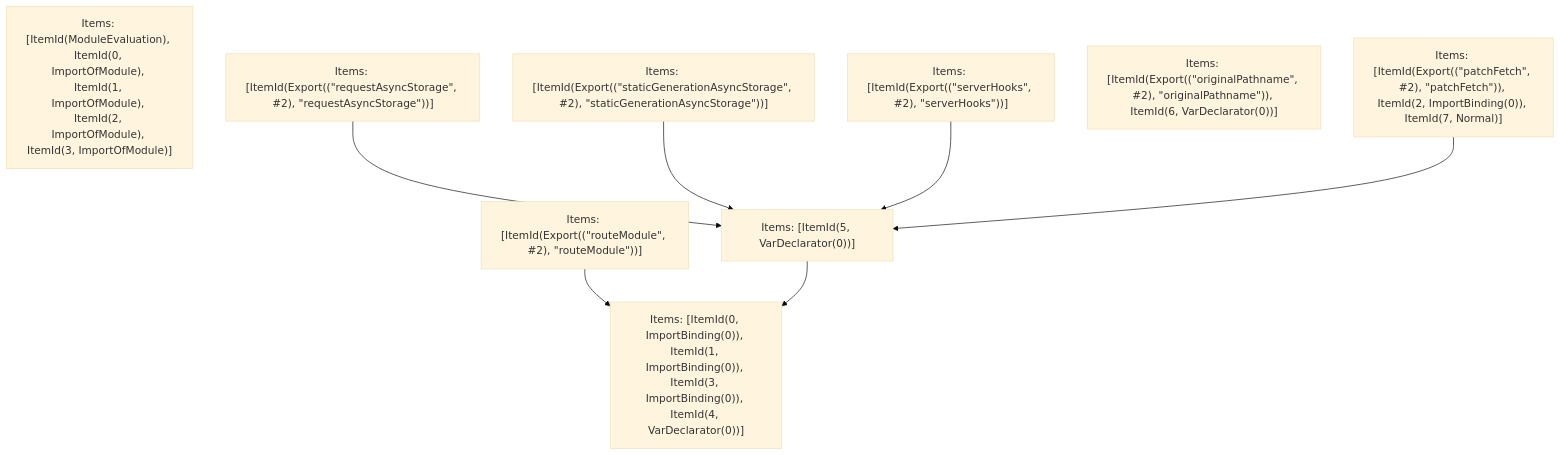
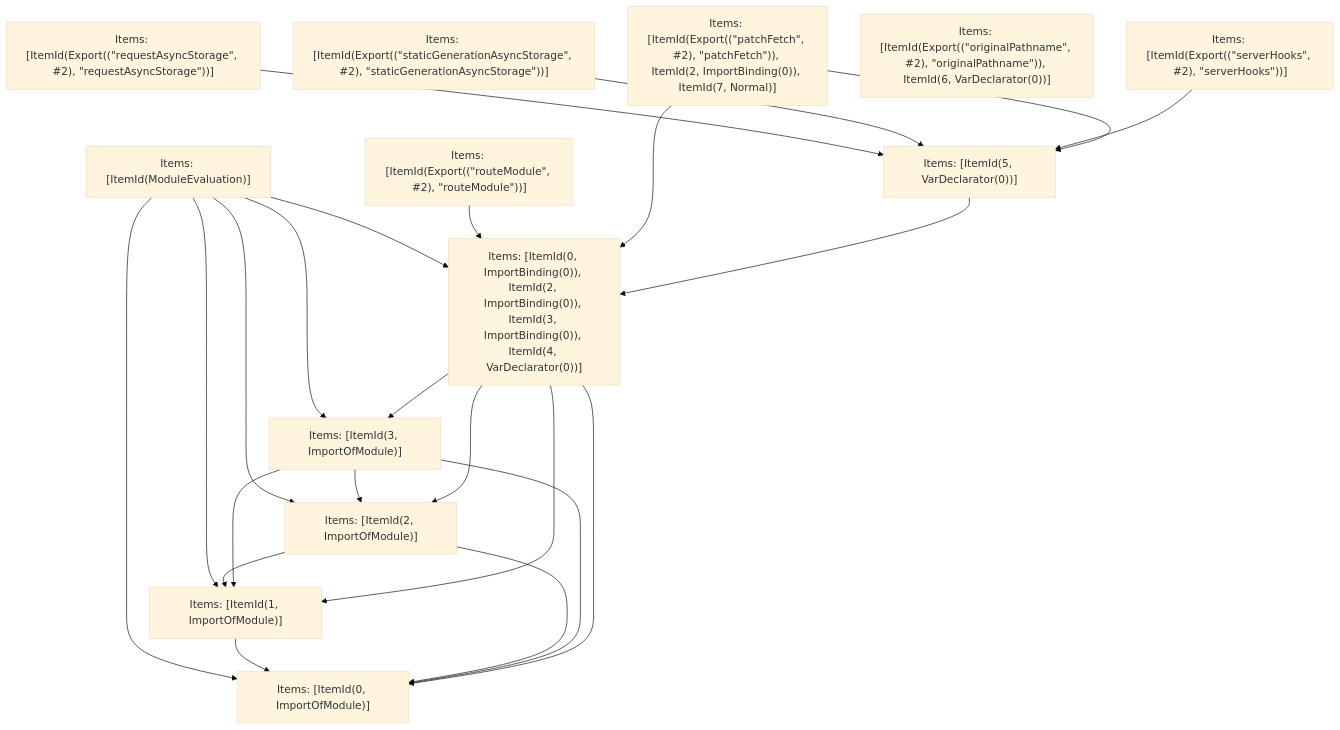
The fifth of 5 diagrams in crates/turbopack-ecmascript/tests/tree-shaker/analyzer/app-route/output.md (vercel/turborepo), drawn with Mermaid (base theme) before and after one commit. The commit also changed other lines of this file and 12 other files, not shown here.

````diff
--- a/crates/turbopack-ecmascript/tests/tree-shaker/analyzer/app-route/output.md
+++ b/crates/turbopack-ecmascript/tests/tree-shaker/analyzer/app-route/output.md
@@ -316,18 +330,38 @@
 ```mermaid
 graph TD
-    N0["Items: [ItemId(ModuleEvaluation), ItemId(0, ImportOfModule), ItemId(1, ImportOfModule), ItemId(2, ImportOfModule), ItemId(3, ImportOfModule)]"];
+    N0["Items: [ItemId(ModuleEvaluation)]"];
     N1["Items: [ItemId(Export((&quot;routeModule&quot;, #2), &quot;routeModule&quot;))]"];
     N2["Items: [ItemId(Export((&quot;requestAsyncStorage&quot;, #2), &quot;requestAsyncStorage&quot;))]"];
     N3["Items: [ItemId(Export((&quot;staticGenerationAsyncStorage&quot;, #2), &quot;staticGenerationAsyncStorage&quot;))]"];
     N4["Items: [ItemId(Export((&quot;serverHooks&quot;, #2), &quot;serverHooks&quot;))]"];
     N5["Items: [ItemId(Export((&quot;originalPathname&quot;, #2), &quot;originalPathname&quot;)), ItemId(6, VarDeclarator(0))]"];
     N6["Items: [ItemId(Export((&quot;patchFetch&quot;, #2), &quot;patchFetch&quot;)), ItemId(2, ImportBinding(0)), ItemId(7, Normal)]"];
-    N7["Items: [ItemId(0, ImportBinding(0)), ItemId(1, ImportBinding(0)), ItemId(3, ImportBinding(0)), ItemId(4, VarDeclarator(0))]"];
-    N8["Items: [ItemId(5, VarDeclarator(0))]"];
-    N1 --> N7;
-    N2 --> N8;
-    N3 --> N8;
-    N4 --> N8;
-    N6 --> N8;
+    N7["Items: [ItemId(0, ImportOfModule)]"];
+    N8["Items: [ItemId(1, ImportOfModule)]"];
+    N9["Items: [ItemId(2, ImportOfModule)]"];
+    N10["Items: [ItemId(3, ImportOfModule)]"];
+    N11["Items: [ItemId(0, ImportBinding(0)), ItemId(2, ImportBinding(0)), ItemId(3, ImportBinding(0)), ItemId(4, VarDeclarator(0))]"];
+    N12["Items: [ItemId(5, VarDeclarator(0))]"];
+    N0 --> N7;
+    N0 --> N8;
+    N0 --> N9;
+    N0 --> N10;
+    N0 --> N11;
+    N1 --> N11;
+    N2 --> N12;
+    N3 --> N12;
+    N4 --> N12;
+    N6 --> N11;
+    N6 --> N12;
     N8 --> N7;
+    N9 --> N7;
+    N9 --> N8;
+    N10 --> N7;
+    N10 --> N8;
+    N10 --> N9;
+    N11 --> N7;
+    N11 --> N8;
+    N11 --> N9;
+    N11 --> N10;
+    N12 --> N11;
 ```
````
